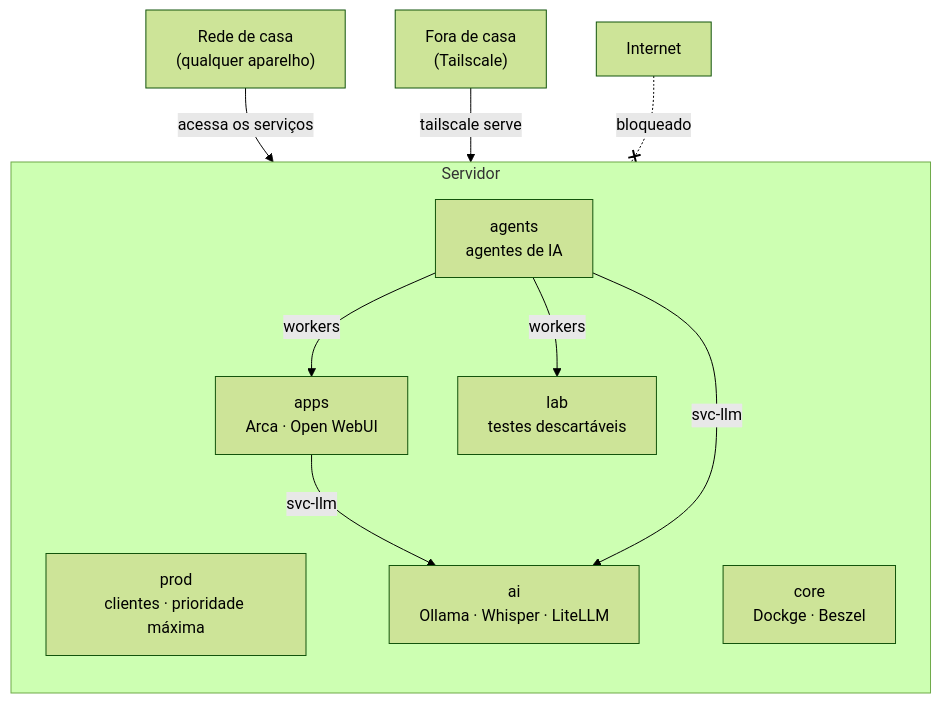
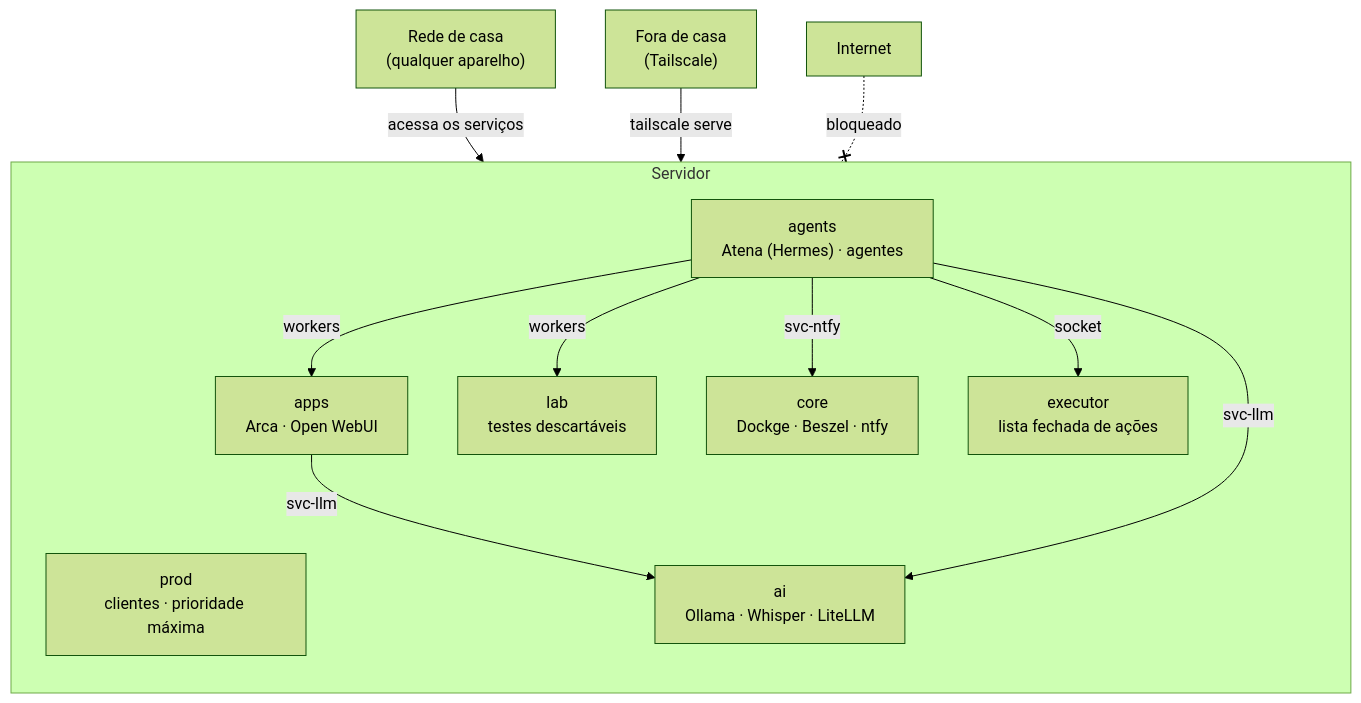
The diagram in README.md (kaincore/atena), drawn with Mermaid (forest theme) before and after one commit. The commit also changed other lines of this file, not shown here.

Commit message:
docs: README em português com a Atena, o executor e o ntfy

````diff
--- a/README.md
+++ b/README.md
@@ -19,19 +22,22 @@
 ```mermaid
 flowchart TB
   casa["Rede de casa<br/>(qualquer aparelho)"] -->|"acessa os serviços"| srv
   fora["Fora de casa<br/>(Tailscale)"] -->|"tailscale serve"| srv
   internet["Internet"] -.-x|"bloqueado"| srv
   subgraph srv["Servidor"]
     direction TB
     prod["prod<br/>clientes · prioridade máxima"]
-    core["core<br/>Dockge · Beszel"]
+    core["core<br/>Dockge · Beszel · ntfy"]
     apps["apps<br/>Arca · Open WebUI"]
     ai["ai<br/>Ollama · Whisper · LiteLLM"]
-    agents["agents<br/>agentes de IA"]
+    agents["agents<br/>Atena (Hermes) · agentes"]
+    exec["executor<br/>lista fechada de ações"]
     lab["lab<br/>testes descartáveis"]
     apps -->|"svc-llm"| ai
     agents -->|"svc-llm"| ai
     agents -->|"workers"| lab
     agents -->|"workers"| apps
+    agents -->|"svc-ntfy"| core
+    agents -->|"socket"| exec
   end
 ```
````
